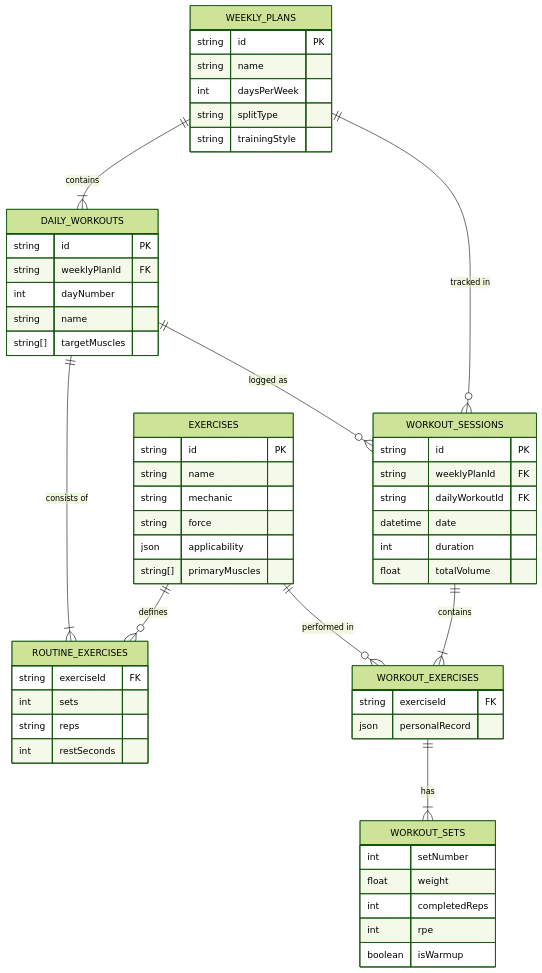
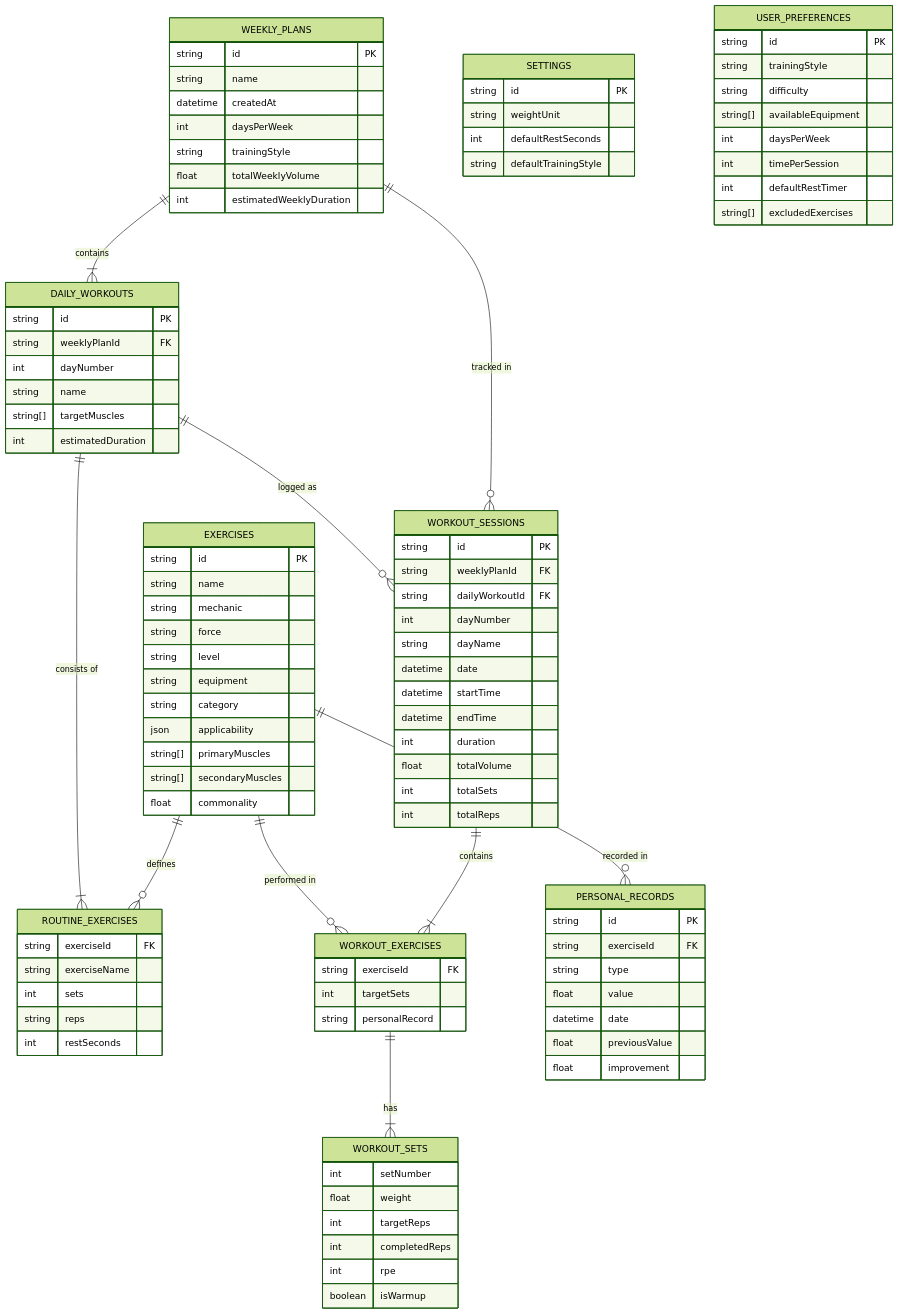
The diagram in er-diagram.md (shashankdurgad/SmartBell), drawn with Mermaid (forest theme) before and after one commit. The commit also changed other lines of this file and 9 other files, not shown here.

First line of the commit message:
feat: Revamp README for SmartBell app, detailing tech stack, architecture, features, and deployment

````diff
--- a/er-diagram.md
+++ b/er-diagram.md
@@ -10,22 +12,30 @@
     WORKOUT_SESSIONS ||--|{ WORKOUT_EXERCISES : "contains"
     WORKOUT_EXERCISES ||--|{ WORKOUT_SETS : "has"
     EXERCISES ||--o{ WORKOUT_EXERCISES : "performed in"
+    EXERCISES ||--o{ PERSONAL_RECORDS : "recorded in"
 
     EXERCISES {
         string id PK
         string name
         string mechanic
         string force
+        string level
+        string equipment
+        string category
         json applicability
         string[] primaryMuscles
+        string[] secondaryMuscles
+        float commonality
     }
 
     WEEKLY_PLANS {
         string id PK
         string name
+        datetime createdAt
         int daysPerWeek
-        string splitType
         string trainingStyle
+        float totalWeeklyVolume
+        int estimatedWeeklyDuration
     }
 
     DAILY_WORKOUTS {
@@ -34,10 +44,12 @@
         int dayNumber
         string name
         string[] targetMuscles
+        int estimatedDuration
     }
 
     ROUTINE_EXERCISES {
         string exerciseId FK
+        string exerciseName
         int sets
         string reps
         int restSeconds
@@ -47,21 +59,57 @@
         string id PK
         string weeklyPlanId FK
         string dailyWorkoutId FK
+        int dayNumber
+        string dayName
         datetime date
+        datetime startTime
+        datetime endTime
         int duration
         float totalVolume
+        int totalSets
+        int totalReps
     }
 
     WORKOUT_EXERCISES {
         string exerciseId FK
-        json personalRecord
+        int targetSets
+        string personalRecord
     }
 
     WORKOUT_SETS {
         int setNumber
         float weight
+        int targetReps
         int completedReps
         int rpe
         boolean isWarmup
     }
+
+    PERSONAL_RECORDS {
+        string id PK
+        string exerciseId FK
+        string type
+        float value
+        datetime date
+        float previousValue
+        float improvement
+    }
+
+    SETTINGS {
+        string id PK
+        string weightUnit
+        int defaultRestSeconds
+        string defaultTrainingStyle
+    }
+
+    USER_PREFERENCES {
+        string id PK
+        string trainingStyle
+        string difficulty
+        string[] availableEquipment
+        int daysPerWeek
+        int timePerSession
+        int defaultRestTimer
+        string[] excludedExercises
+    }
 ```
````
